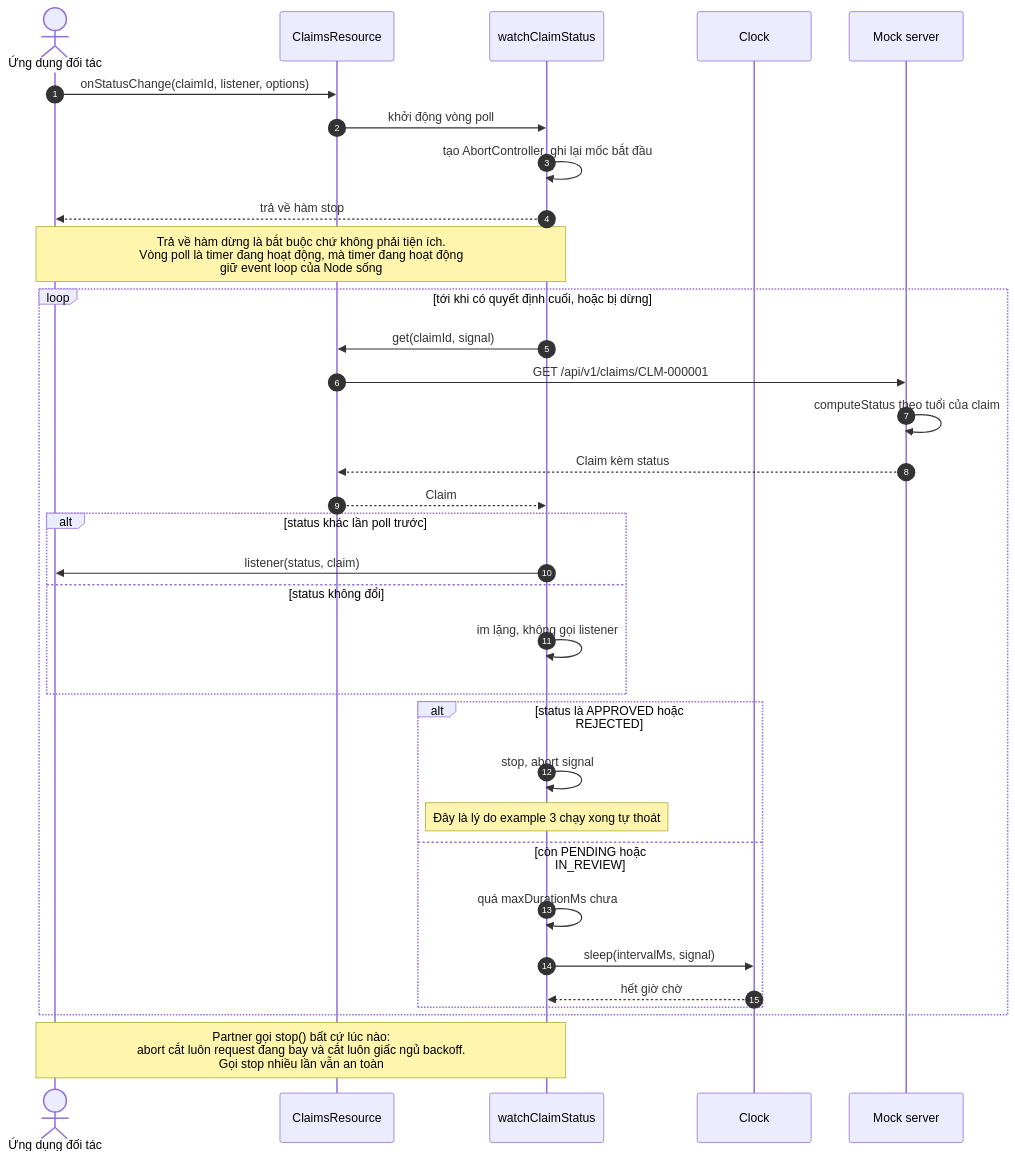
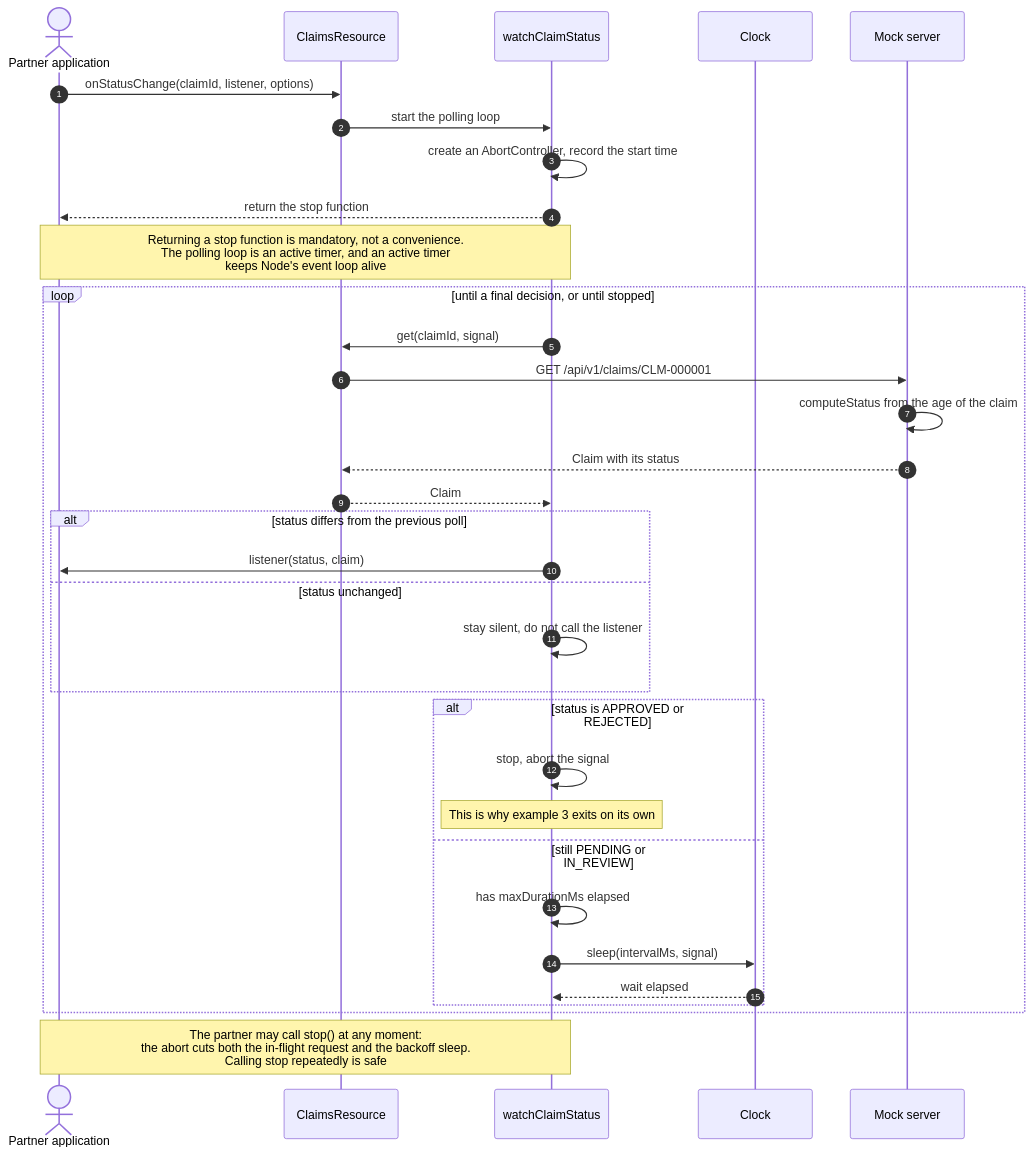
Before and after one commit to vuminhluan/ai-challenge13: the diagram in docs/diagrams/05-status-watcher.md, drawn with Mermaid. The commit also changed other lines of this file and 34 other files, not shown here.

Commit message:
docs: chuyển README, examples, tests và diagrams sang tiếng Anh, thêm bảng timeline

````diff
--- a/docs/diagrams/05-status-watcher.md
+++ b/docs/diagrams/05-status-watcher.md
@@ -3,41 +3,41 @@
 ```mermaid
 sequenceDiagram
     autonumber
-    actor Partner as Ứng dụng đối tác
+    actor Partner as Partner application
     participant Claims as ClaimsResource
     participant W as watchClaimStatus
     participant Clock as Clock
     participant Srv as Mock server
 
     Partner->>Claims: onStatusChange(claimId, listener, options)
-    Claims->>W: khởi động vòng poll
-    W->>W: tạo AbortController, ghi lại mốc bắt đầu
-    W-->>Partner: trả về hàm stop
+    Claims->>W: start the polling loop
+    W->>W: create an AbortController, record the start time
+    W-->>Partner: return the stop function
 
-    Note over W,Partner: Trả về hàm dừng là bắt buộc chứ không phải tiện ích.<br/>Vòng poll là timer đang hoạt động, mà timer đang hoạt động<br/>giữ event loop của Node sống
+    Note over W,Partner: Returning a stop function is mandatory, not a convenience.<br/>The polling loop is an active timer, and an active timer<br/>keeps Node's event loop alive
 
-    loop tới khi có quyết định cuối, hoặc bị dừng
+    loop until a final decision, or until stopped
         W->>Claims: get(claimId, signal)
         Claims->>Srv: GET /api/v1/claims/CLM-000001
-        Srv->>Srv: computeStatus theo tuổi của claim
-        Srv-->>Claims: Claim kèm status
+        Srv->>Srv: computeStatus from the age of the claim
+        Srv-->>Claims: Claim with its status
         Claims-->>W: Claim
 
-        alt status khác lần poll trước
+        alt status differs from the previous poll
             W->>Partner: listener(status, claim)
-        else status không đổi
-            W->>W: im lặng, không gọi listener
+        else status unchanged
+            W->>W: stay silent, do not call the listener
         end
 
-        alt status là APPROVED hoặc REJECTED
-            W->>W: stop, abort signal
-            Note over W: Đây là lý do example 3 chạy xong tự thoát
-        else còn PENDING hoặc IN_REVIEW
-            W->>W: quá maxDurationMs chưa
+        alt status is APPROVED or REJECTED
+            W->>W: stop, abort the signal
+            Note over W: This is why example 3 exits on its own
+        else still PENDING or IN_REVIEW
+            W->>W: has maxDurationMs elapsed
             W->>Clock: sleep(intervalMs, signal)
-            Clock-->>W: hết giờ chờ
+            Clock-->>W: wait elapsed
         end
     end
 
-    Note over Partner,W: Partner gọi stop() bất cứ lúc nào:<br/>abort cắt luôn request đang bay và cắt luôn giấc ngủ backoff.<br/>Gọi stop nhiều lần vẫn an toàn
+    Note over Partner,W: The partner may call stop() at any moment:<br/>the abort cuts both the in-flight request and the backoff sleep.<br/>Calling stop repeatedly is safe
 ```
````
